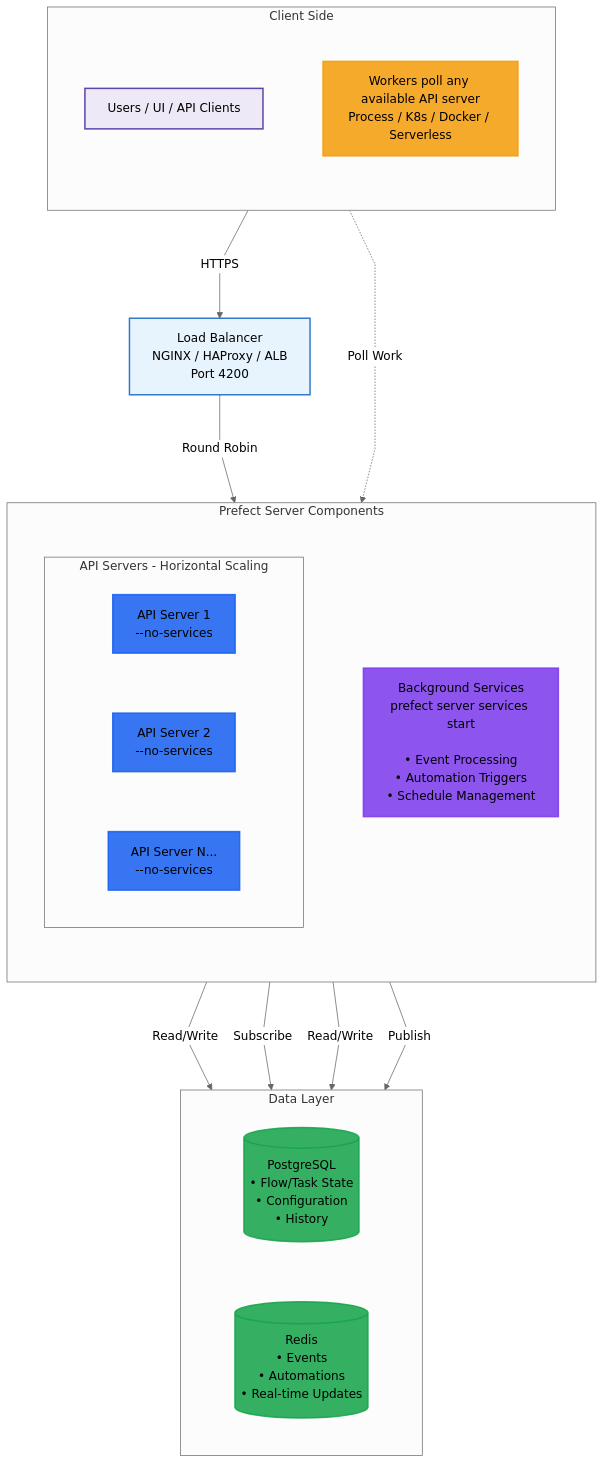
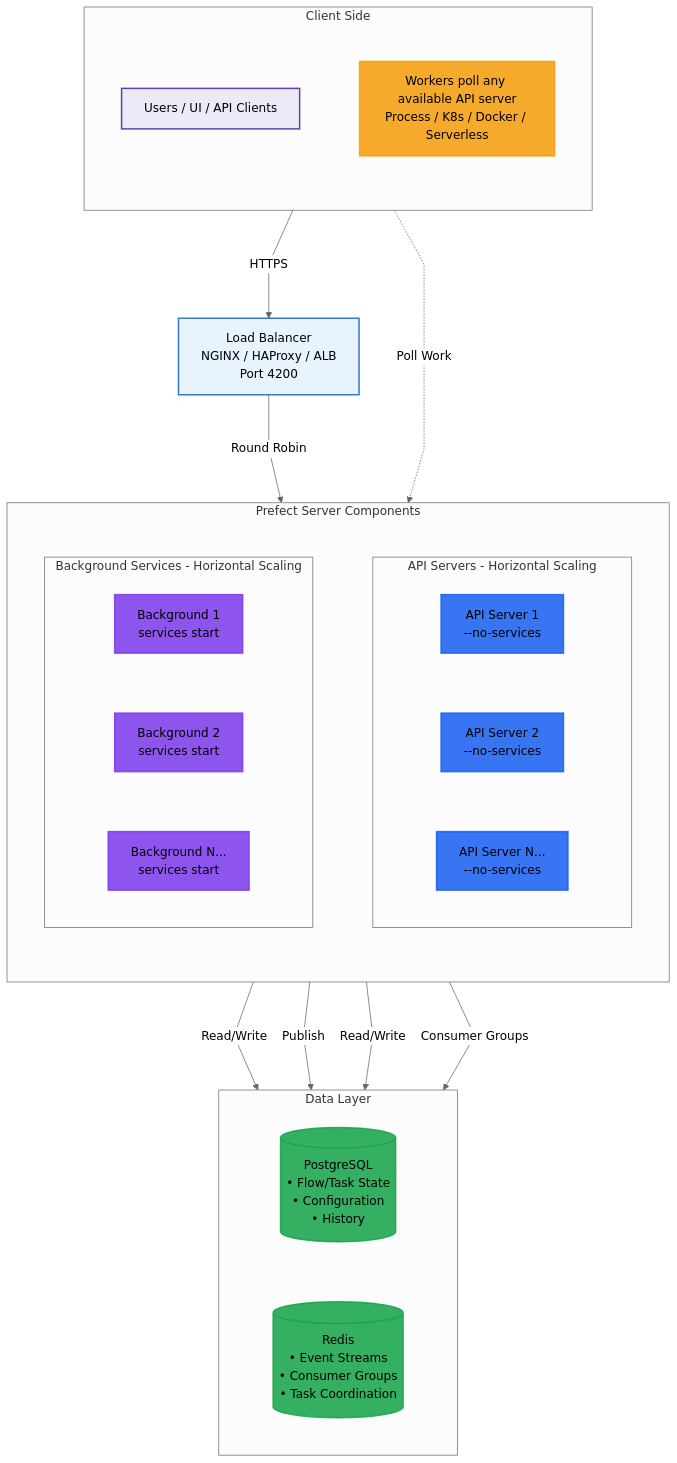
Before and after one commit to PrefectHQ/prefect: the diagram in docs/v3/advanced/self-hosted.mdx, drawn with Mermaid. The commit also changed other lines of this file, not shown here.

First line of the commit message:
docs: update self-hosted docs for docket-based background services

````diff
--- a/docs/v3/advanced/self-hosted.mdx
+++ b/docs/v3/advanced/self-hosted.mdx
@@ -27,60 +27,65 @@
 ```mermaid
 %%{
   init: {
     'theme': 'neutral',
     'flowchart': {
       'curve' : 'linear',
       'rankSpacing': 120,
       'nodeSpacing': 80
     }
   }
 }%%
 
 flowchart TB
     %% Style definitions
     classDef userClass fill:#ede7f6db,stroke:#4527a0db,stroke-width:2px
     classDef lbClass fill:#e3f2fddb,stroke:#1565c0db,stroke-width:2px
     classDef apiClass fill:#1860f2db,stroke:#1860f2db,stroke-width:2px
     classDef bgClass fill:#7c3aeddb,stroke:#7c3aeddb,stroke-width:2px
     classDef dataClass fill:#16a34adb,stroke:#16a34adb,stroke-width:2px
     classDef workerClass fill:#f59e0bdb,stroke:#f59e0bdb,stroke-width:2px
 
     %% Nodes
     subgraph clients[Client Side]
         direction TB
         Users[Users / UI / API Clients]:::userClass
         Workers[Workers poll any available API server<br/>Process / K8s / Docker / Serverless]:::workerClass
     end
 
     LB[Load Balancer<br/>NGINX / HAProxy / ALB<br/>Port 4200]:::lbClass
 
     subgraph servers[Prefect Server Components]
         direction TB
         subgraph api[API Servers - Horizontal Scaling]
             direction LR
             API1[API Server 1<br/>--no-services]:::apiClass
             API2[API Server 2<br/>--no-services]:::apiClass
             API3[API Server N...<br/>--no-services]:::apiClass
         end
 
-        BG[Background Services<br/>prefect server services start<br/><br/>• Event Processing<br/>• Automation Triggers<br/>• Schedule Management]:::bgClass
+        subgraph bg[Background Services - Horizontal Scaling]
+            direction LR
+            BG1[Background 1<br/>services start]:::bgClass
+            BG2[Background 2<br/>services start]:::bgClass
+            BG3[Background N...<br/>services start]:::bgClass
+        end
     end
 
     subgraph data[Data Layer]
         direction LR
         PG[(PostgreSQL<br/>• Flow/Task State<br/>• Configuration<br/>• History)]:::dataClass
-        Redis[(Redis<br/>• Events<br/>• Automations<br/>• Real-time Updates)]:::dataClass
+        Redis[(Redis<br/>• Event Streams<br/>• Consumer Groups<br/>• Task Coordination)]:::dataClass
     end
 
     %% Connections
     Users --> |HTTPS| LB
     LB --> |Round Robin| api
 
     api --> |Read/Write| PG
     api --> |Publish| Redis
 
-    BG --> |Read/Write| PG
-    BG --> |Subscribe| Redis
+    bg --> |Read/Write| PG
+    bg --> |Consumer Groups| Redis
 
     Workers -.-> |Poll Work| api
 ```
````
